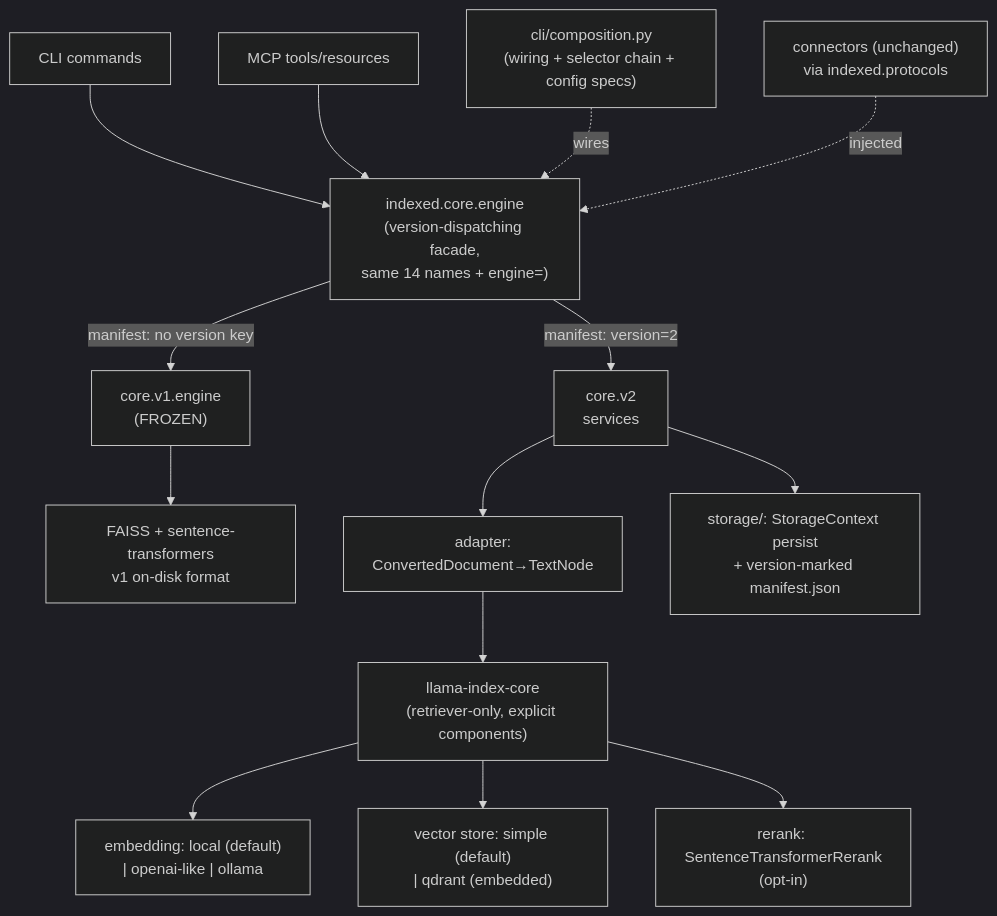
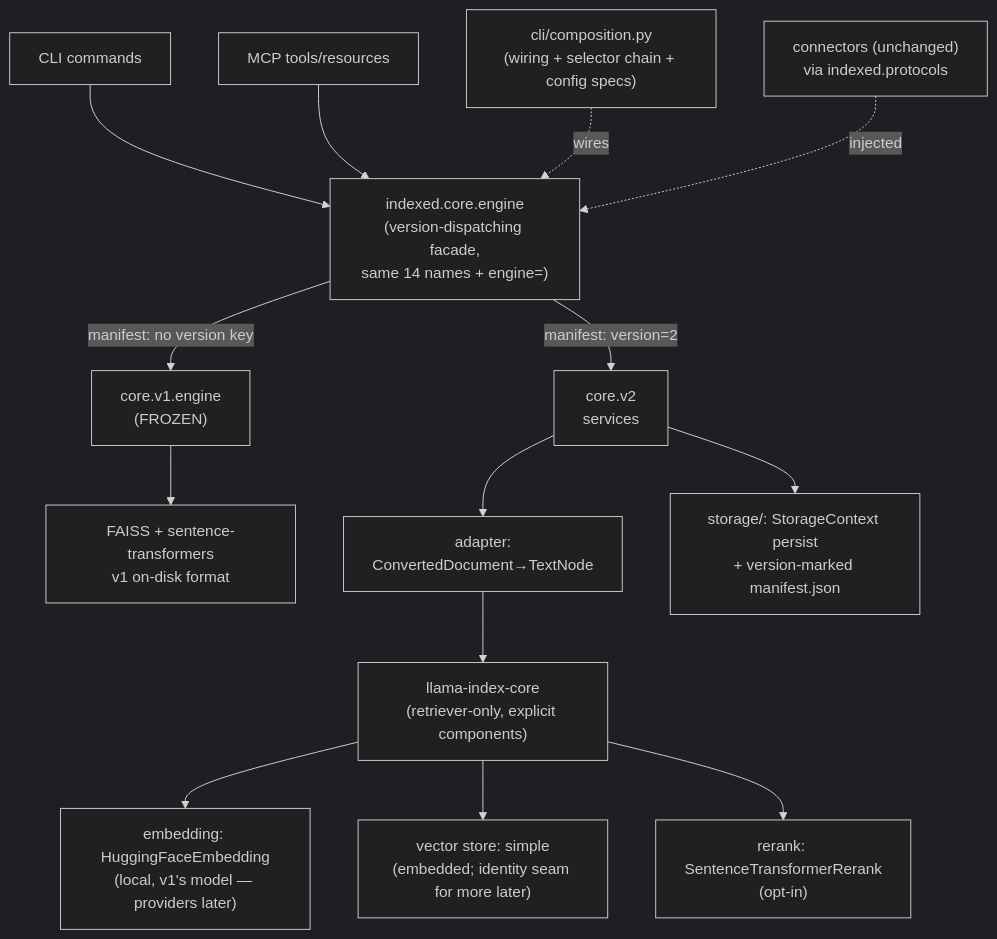
One commit to LennardZuendorf/indexed changed the diagram in plans/indexed-v2.md. Above: the diagram before and after it, drawn with Mermaid (dark theme). The commit also changed other lines of this file and 4 other files, not shown here.

````diff
--- a/plans/indexed-v2.md
+++ b/plans/indexed-v2.md
@@ -224,17 +240,17 @@
 ```mermaid
 flowchart TD
     CLI[CLI commands] --> F
     MCP[MCP tools/resources] --> F
     F["indexed.core.engine<br/>(version-dispatching facade,<br/>same 14 names + engine=)"]
     F -->|"manifest: no version key"| V1["core.v1.engine<br/>(FROZEN)"]
     F -->|"manifest: version=2"| V2["core.v2<br/>services"]
     V1 --> FAISS["FAISS + sentence-transformers<br/>v1 on-disk format"]
     V2 --> ADP["adapter:<br/>ConvertedDocument→TextNode"]
     ADP --> LI["llama-index-core<br/>(retriever-only, explicit components)"]
-    LI --> EMB["embedding: local (default)<br/>| openai-like | ollama"]
-    LI --> VS["vector store: simple (default)<br/>| qdrant (embedded)"]
+    LI --> EMB["embedding: HuggingFaceEmbedding<br/>(local, v1's model — providers later)"]
+    LI --> VS["vector store: simple<br/>(embedded; identity seam for more later)"]
     LI --> RR["rerank: SentenceTransformerRerank<br/>(opt-in)"]
     V2 --> ST["storage/: StorageContext persist<br/>+ version-marked manifest.json"]
     COMP["cli/composition.py<br/>(wiring + selector chain + config specs)"] -.wires.-> F
     CONN["connectors (unchanged)<br/>via indexed.protocols"] -.injected.-> F
 ```
````
